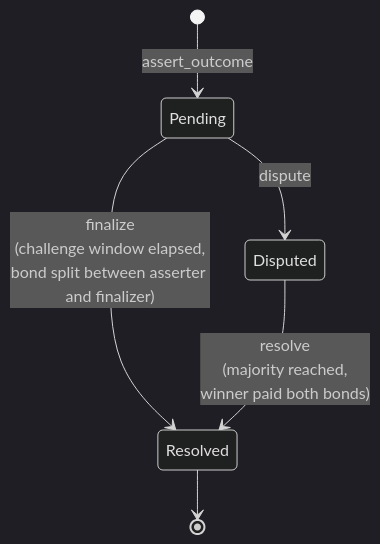
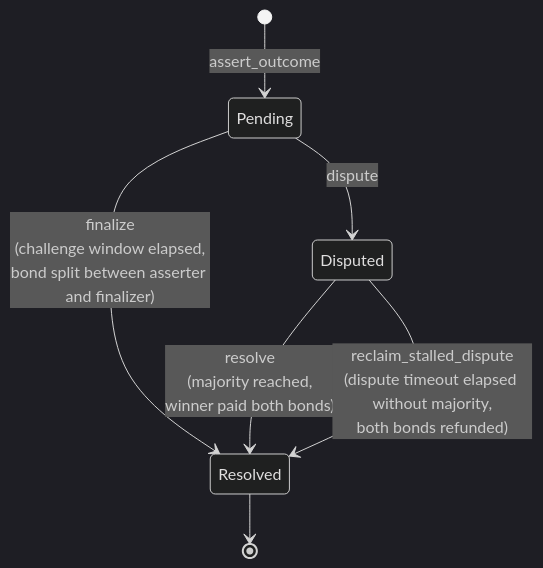
The diagram in docs/src/CONTRACT.md (drydocs/tholos), drawn with Mermaid (dark theme) before and after one commit. The commit also changed other lines of this file and 67 other files, not shown here.

Commit message:
feat(v1): add permissionless timeout fallback for stalled disputes (#166)

````diff
--- a/docs/src/CONTRACT.md
+++ b/docs/src/CONTRACT.md
@@ -8,8 +8,9 @@
 ```mermaid
 stateDiagram-v2
     [*] --> Pending: assert_outcome
     Pending --> Disputed: dispute
     Pending --> Resolved: finalize<br/>(challenge window elapsed,<br/>bond split between asserter and finalizer)
     Disputed --> Resolved: resolve<br/>(majority reached,<br/>winner paid both bonds)
+    Disputed --> Resolved: reclaim_stalled_dispute<br/>(dispute timeout elapsed without majority,<br/>both bonds refunded)
     Resolved --> [*]
 ```
````
